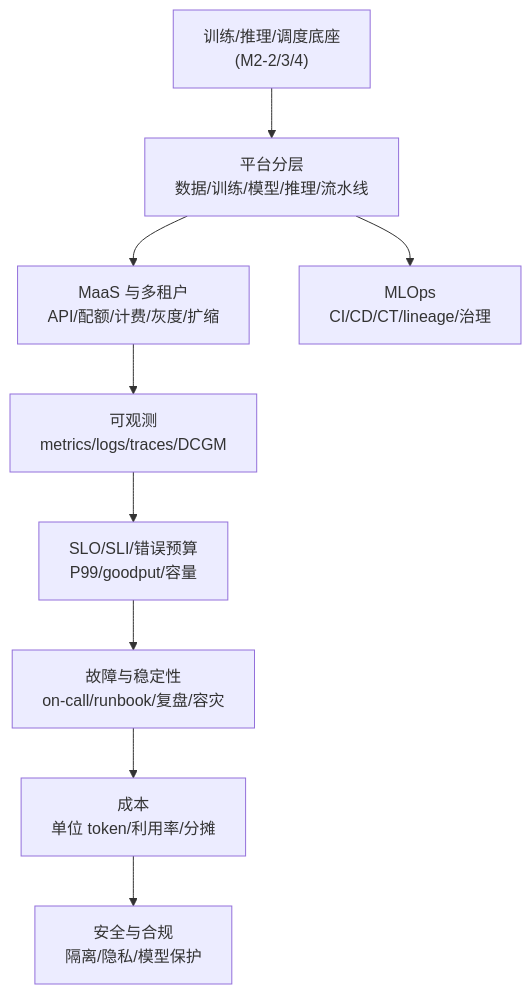
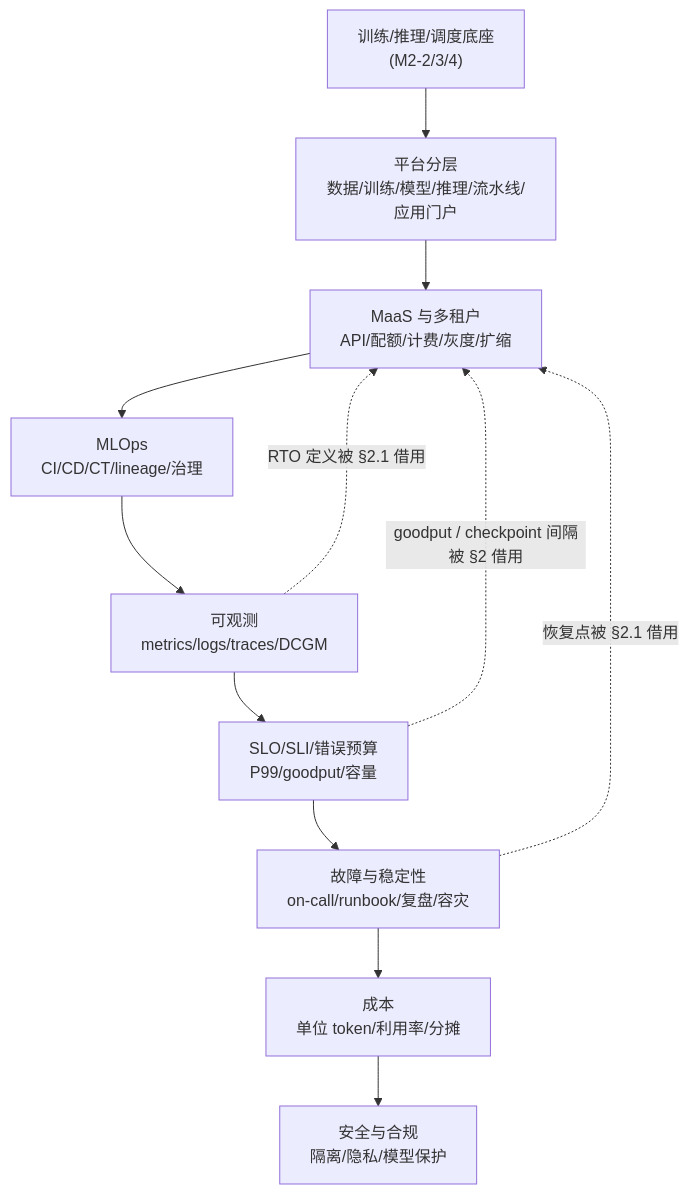
The diagram in docs/notes/25_platform_sre.md (Xingkai98/ai-infra-notes-site), drawn with Mermaid before and after one commit. The commit also changed other lines of this file and 7 other files, not shown here.

````diff
--- a/docs/notes/25_platform_sre.md
+++ b/docs/notes/25_platform_sre.md
@@ -30,11 +36,14 @@
 ```mermaid
 graph TD
-  A["训练/推理/调度底座<br/>(M2-2/3/4)"] --> B["平台分层<br/>数据/训练/模型/推理/流水线"]
+  A["训练/推理/调度底座<br/>(M2-2/3/4)"] --> B["平台分层<br/>数据/训练/模型/推理/流水线/应用门户"]
   B --> C["MaaS 与多租户<br/>API/配额/计费/灰度/扩缩"]
-  B --> D["MLOps<br/>CI/CD/CT/lineage/治理"]
-  C --> E["可观测<br/>metrics/logs/traces/DCGM"]
+  C --> D["MLOps<br/>CI/CD/CT/lineage/治理"]
+  D --> E["可观测<br/>metrics/logs/traces/DCGM"]
   E --> F["SLO/SLI/错误预算<br/>P99/goodput/容量"]
   F --> G["故障与稳定性<br/>on-call/runbook/复盘/容灾"]
   G --> H["成本<br/>单位 token/利用率/分摊"]
   H --> I["安全与合规<br/>隔离/隐私/模型保护"]
+  E -. "RTO 定义被 §2.1 借用" .-> C
+  F -. "goodput / checkpoint 间隔被 §2 借用" .-> C
+  G -. "恢复点被 §2.1 借用" .-> C
 ```
````
